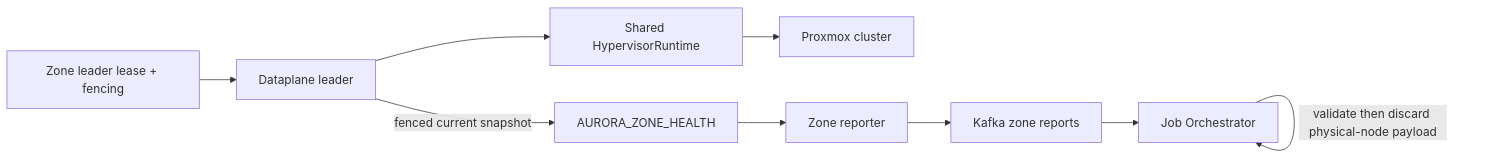
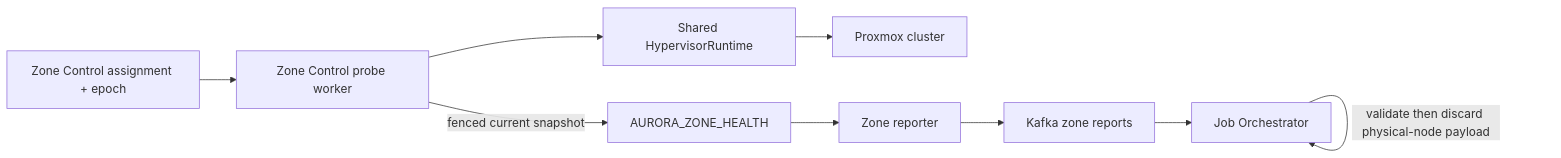
One commit to phucle996/aurora changed the first of 2 diagrams in god_view/hypervisor/hypervisor_connection_lifecycle_god_view.md. Above: the diagram before and after it, drawn with Mermaid. The commit also changed other lines of this file and 58 other files, not shown here.

Commit message:
refactor(zone): complete distributed control cutover

````diff
--- a/god_view/hypervisor/hypervisor_connection_lifecycle_god_view.md
+++ b/god_view/hypervisor/hypervisor_connection_lifecycle_god_view.md
@@ -38,20 +38,20 @@
 ```mermaid
 flowchart LR
-    Lease["Zone leader lease + fencing"]
-    Leader["Dataplane leader"]
+    Lease["Zone Control assignment + epoch"]
+    Leader["Zone Control probe worker"]
     Runtime["Shared HypervisorRuntime"]
     Proxmox["Proxmox cluster"]
     KV["AURORA_ZONE_HEALTH"]
     Reporter["Zone reporter"]
     Kafka["Kafka zone reports"]
     JO["Job Orchestrator"]
 
     Lease --> Leader
     Leader --> Runtime
     Runtime --> Proxmox
     Leader -->|fenced current snapshot| KV
     KV --> Reporter
     Reporter --> Kafka
     Kafka --> JO
     JO -->|validate then discard physical-node payload| JO
 ```
````
